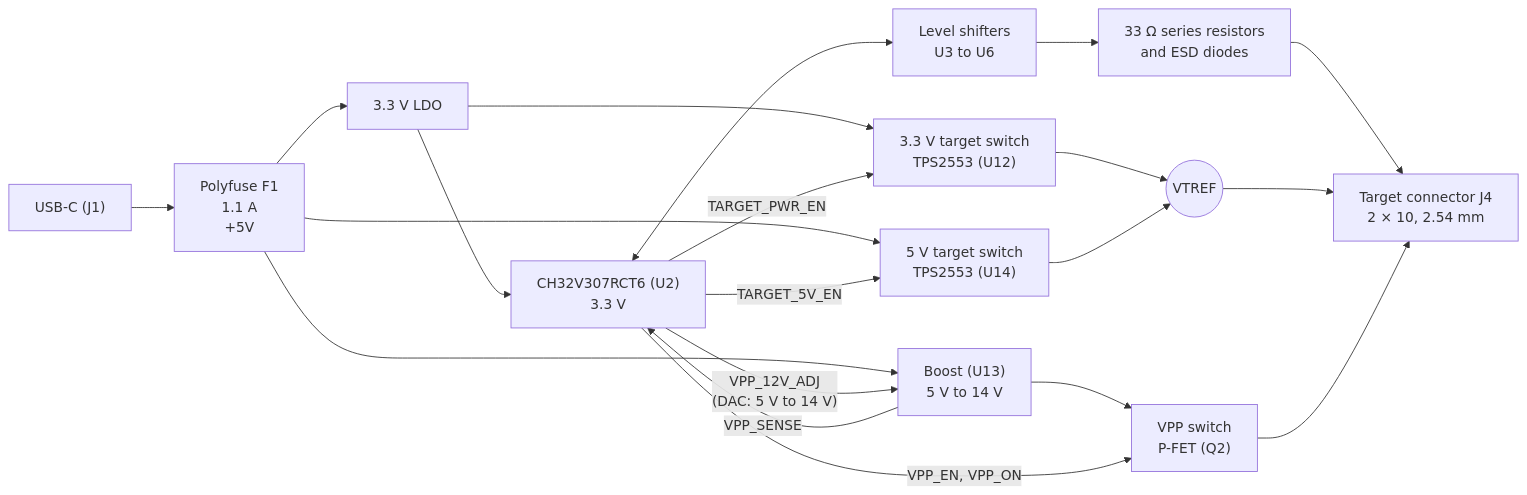
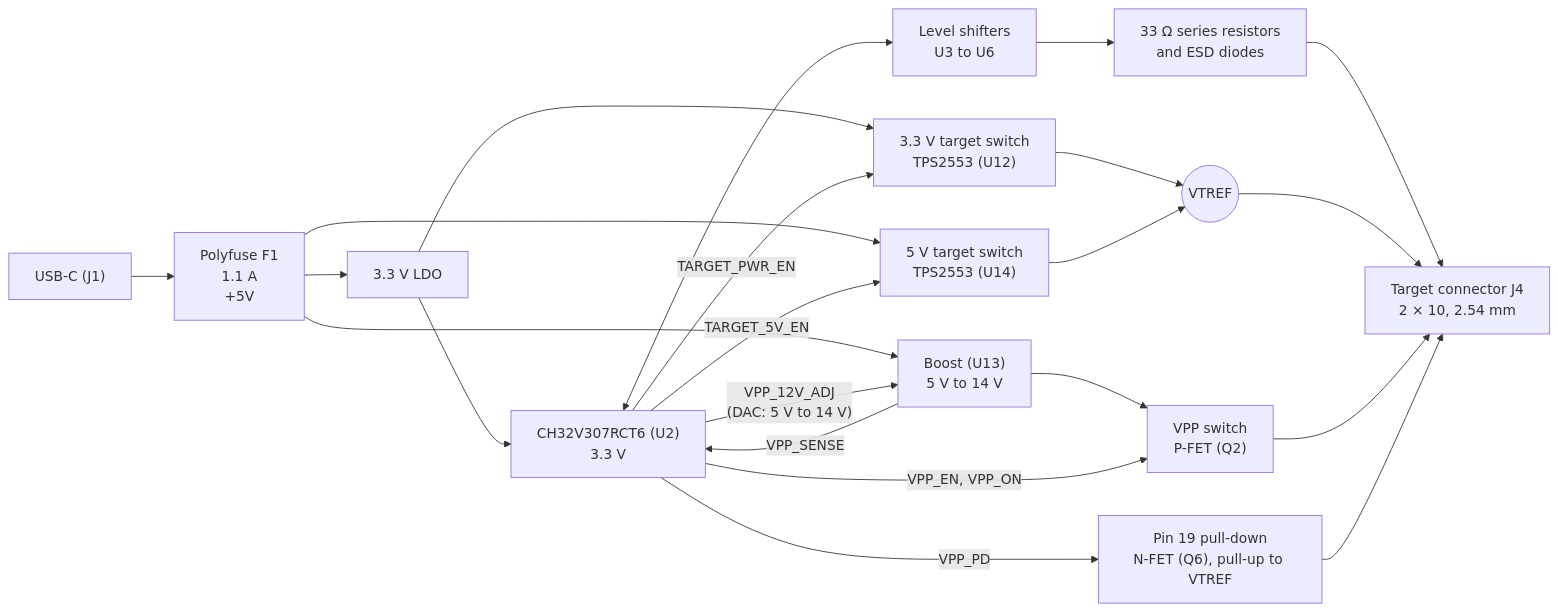
Before and after one commit to OpenMUPP/openmupp-v1: the diagram in README.md, drawn with Mermaid. The commit also changed other lines of this file and 4 other files, not shown here.

First line of the commit message:
feature: add low-side FET and pull-up on J4 pin 19

````diff
--- a/README.md
+++ b/README.md
@@ -19,25 +19,27 @@
 ```mermaid
 flowchart LR
     usb["USB-C (J1)"] --> fuse["Polyfuse F1<br/>1.1 A<br/>+5V"]
     fuse --> ldo["3.3 V LDO"]
     fuse --> boost["Boost (U13)<br/>5 V to 14 V"]
     ldo --> mcu["CH32V307RCT6 (U2)<br/>3.3 V"]
     mcu <--> ls["Level shifters<br/>U3 to U6"]
     ls --> esd["33 Ω series resistors<br/>and ESD diodes"]
     esd --> j4["Target connector J4<br/>2 × 10, 2.54 mm"]
 
     ldo --> tps33["3.3 V target switch<br/>TPS2553 (U12)"]
     fuse --> tps5["5 V target switch<br/>TPS2553 (U14)"]
     tps33 --> vtref(("VTREF"))
     tps5 --> vtref
     vtref --> j4
 
     boost --> vpp["VPP switch<br/>P-FET (Q2)"]
     vpp --> j4
+    pd["Pin 19 pull-down<br/>N-FET (Q6), pull-up to VTREF"] --> j4
 
     mcu -- "TARGET_PWR_EN" --> tps33
     mcu -- "TARGET_5V_EN" --> tps5
     mcu -- "VPP_12V_ADJ<br/>(DAC: 5 V to 14 V)" --> boost
     mcu -- "VPP_EN, VPP_ON" --> vpp
+    mcu -- "VPP_PD" --> pd
     boost -- "VPP_SENSE" --> mcu
 ```
````
